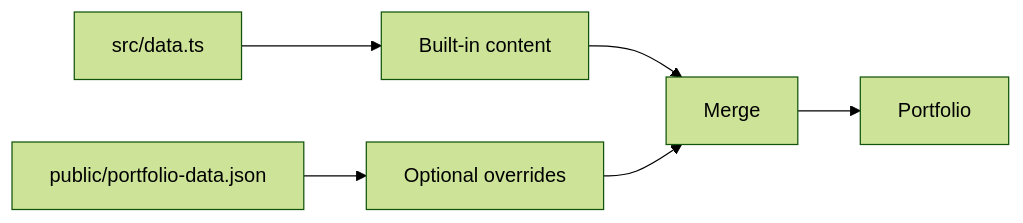
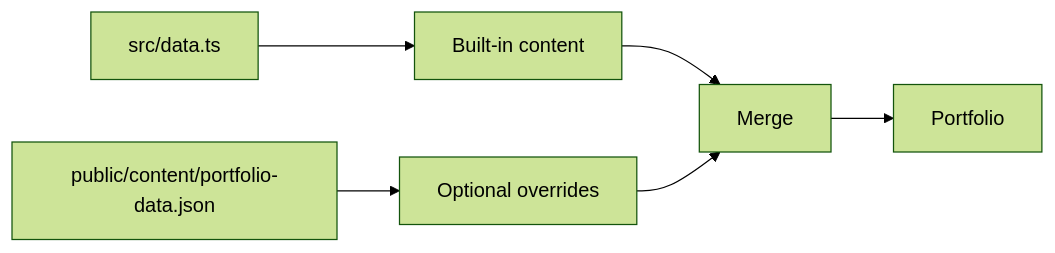
The second of 8 diagrams in docs/CONTENT_PROVIDERS.md (SidheshwarSarangal/portfoionew), drawn with Mermaid (forest theme) before and after one commit. The commit also changed other lines of this file and 89 other files, not shown here.

````diff
--- a/docs/CONTENT_PROVIDERS.md
+++ b/docs/CONTENT_PROVIDERS.md
@@ -27,8 +27,8 @@
 ```mermaid
 flowchart LR
   Data[src/data.ts] --> Fallback[Built-in content]
-  JSON[public/portfolio-data.json] --> Override[Optional overrides]
+  JSON[public/content/portfolio-data.json] --> Override[Optional overrides]
   Fallback --> Merge[Merge]
   Override --> Merge
   Merge --> UI[Portfolio]
 ```
````
